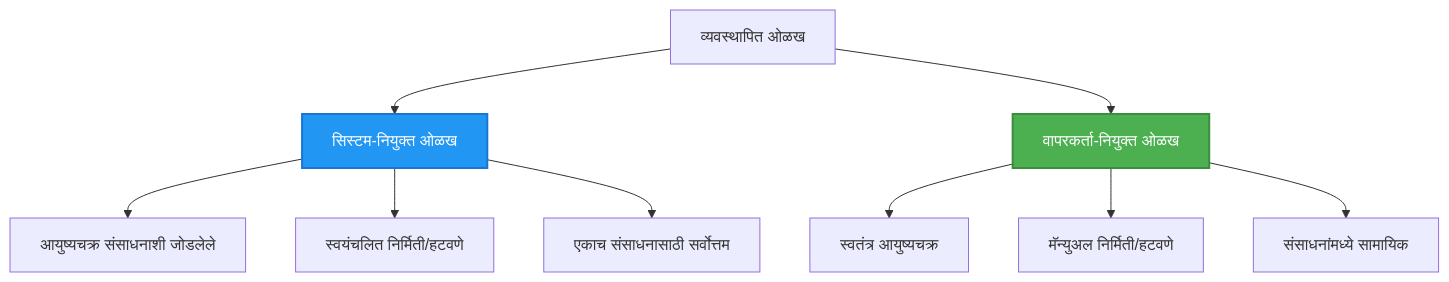
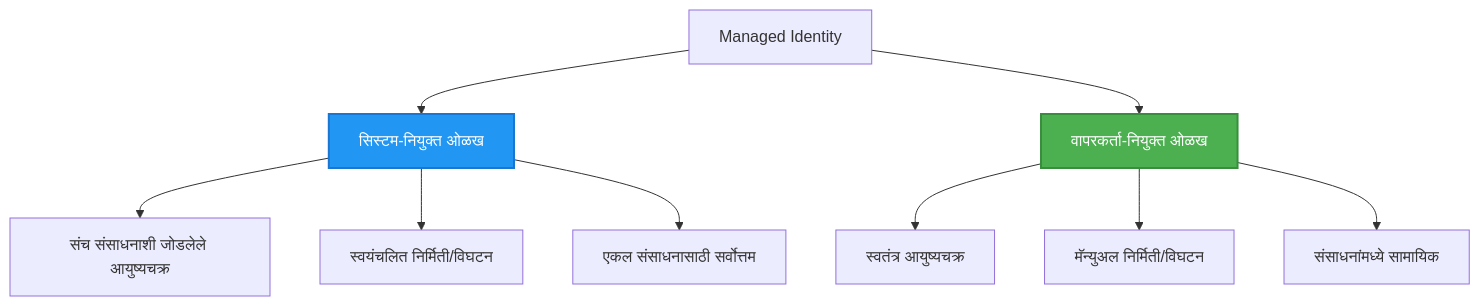
One commit to microsoft/AZD-for-beginners changed the second of 2 diagrams in translations/mr/docs/chapter-03-configuration/authsecurity.md. Above: the diagram before and after it, drawn with Mermaid. The commit also changed other lines of this file and 101 other files, not shown here.

````diff
--- a/translations/mr/docs/chapter-03-configuration/authsecurity.md
+++ b/translations/mr/docs/chapter-03-configuration/authsecurity.md
@@ -97,20 +97,20 @@
 ```mermaid
 graph TB
-    MI[व्यवस्थापित ओळख]
+    MI[Managed Identity]
     SystemAssigned[सिस्टम-नियुक्त ओळख]
     UserAssigned[वापरकर्ता-नियुक्त ओळख]
     
     MI --> SystemAssigned
     MI --> UserAssigned
     
-    SystemAssigned --> SA1[आयुष्यचक्र संसाधनाशी जोडलेले]
-    SystemAssigned --> SA2[स्वयंचलित निर्मिती/हटवणे]
-    SystemAssigned --> SA3[एकाच संसाधनासाठी सर्वोत्तम]
+    SystemAssigned --> SA1[संच संसाधनाशी जोडलेले आयुष्यचक्र]
+    SystemAssigned --> SA2[स्वयंचलित निर्मिती/विघटन]
+    SystemAssigned --> SA3[एकल संसाधनासाठी सर्वोत्तम]
     
     UserAssigned --> UA1[स्वतंत्र आयुष्यचक्र]
-    UserAssigned --> UA2[मॅन्युअल निर्मिती/हटवणे]
+    UserAssigned --> UA2[मॅन्युअल निर्मिती/विघटन]
     UserAssigned --> UA3[संसाधनांमध्ये सामायिक]
     
     style SystemAssigned fill:#2196F3,stroke:#1976D2,stroke-width:2px,color:#fff
     style UserAssigned fill:#4CAF50,stroke:#388E3C,stroke-width:2px,color:#fff
 ```
````
